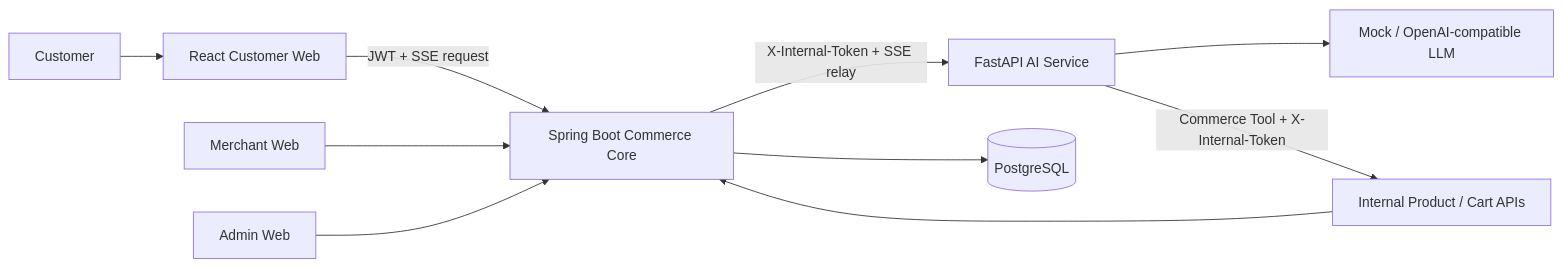
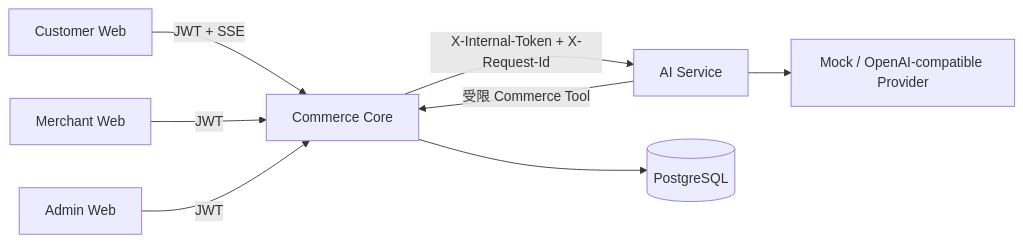
Before and after one commit to nanbuye-png/AI_Commerce_Platform: the diagram in README.md, drawn with Mermaid. The commit also changed other lines of this file, not shown here.

````diff
--- a/README.md
+++ b/README.md
@@ -18,13 +47,10 @@
 ```mermaid
 flowchart LR
-    U[Customer] --> CW[React Customer Web]
-    CW -->|JWT + SSE request| CC[Spring Boot Commerce Core]
-    CC -->|X-Internal-Token + SSE relay| AI[FastAPI AI Service]
-    AI --> LLM[Mock / OpenAI-compatible LLM]
-    AI -->|Commerce Tool + X-Internal-Token| API[Internal Product / Cart APIs]
-    API --> CC
-    CC --> DB[(PostgreSQL)]
-
-    MW[Merchant Web] --> CC
-    AW[Admin Web] --> CC
+    C[Customer Web] -->|JWT + SSE| CORE[Commerce Core]
+    M[Merchant Web] -->|JWT| CORE
+    A[Admin Web] -->|JWT| CORE
+    CORE -->|X-Internal-Token + X-Request-Id| AI[AI Service]
+    AI --> LLM[Mock / OpenAI-compatible Provider]
+    AI -->|受限 Commerce Tool| CORE
+    CORE --> DB[(PostgreSQL)]
 ```
````
